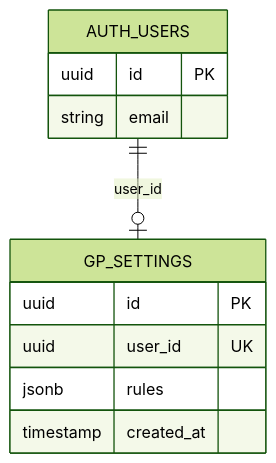
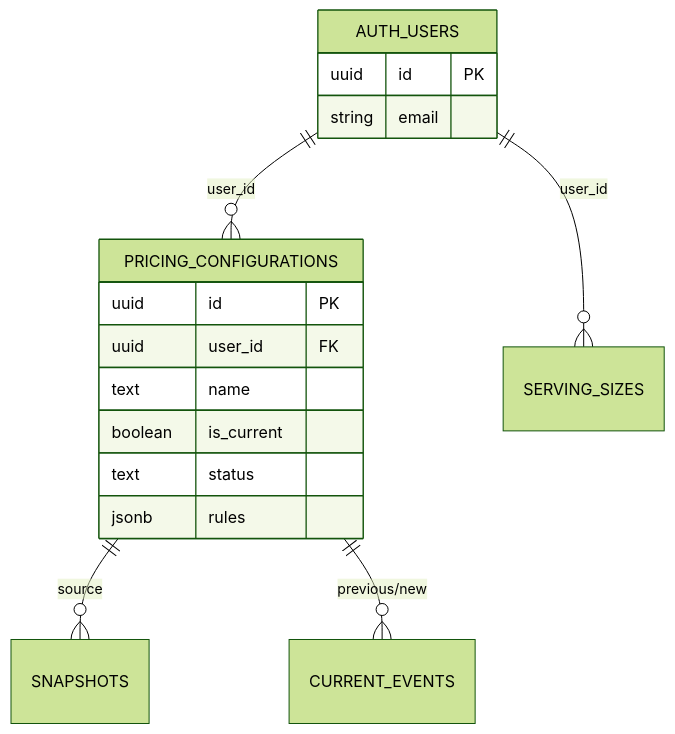
The second of 7 diagrams in docs/ARCHITECTURE.md (DanWarham/wine-gp-calculator), drawn with Mermaid (forest theme) before and after one commit. The commit also changed other lines of this file and 22 other files, not shown here.

Commit message:
Implement pricing configurations and immutable snapshots

````diff
--- a/docs/ARCHITECTURE.md
+++ b/docs/ARCHITECTURE.md
@@ -117,14 +119,19 @@
 ```mermaid
 erDiagram
-  AUTH_USERS ||--o| GP_SETTINGS : "user_id"
+  AUTH_USERS ||--o{ PRICING_CONFIGURATIONS : "user_id"
+  AUTH_USERS ||--o{ SERVING_SIZES : "user_id"
+  PRICING_CONFIGURATIONS ||--o{ SNAPSHOTS : "source"
+  PRICING_CONFIGURATIONS ||--o{ CURRENT_EVENTS : "previous/new"
   AUTH_USERS {
     uuid id PK
     string email
   }
-  GP_SETTINGS {
+  PRICING_CONFIGURATIONS {
     uuid id PK
-    uuid user_id UK
+    uuid user_id FK
+    text name
+    boolean is_current
+    text status
     jsonb rules
-    timestamp created_at
   }
 ```
````
